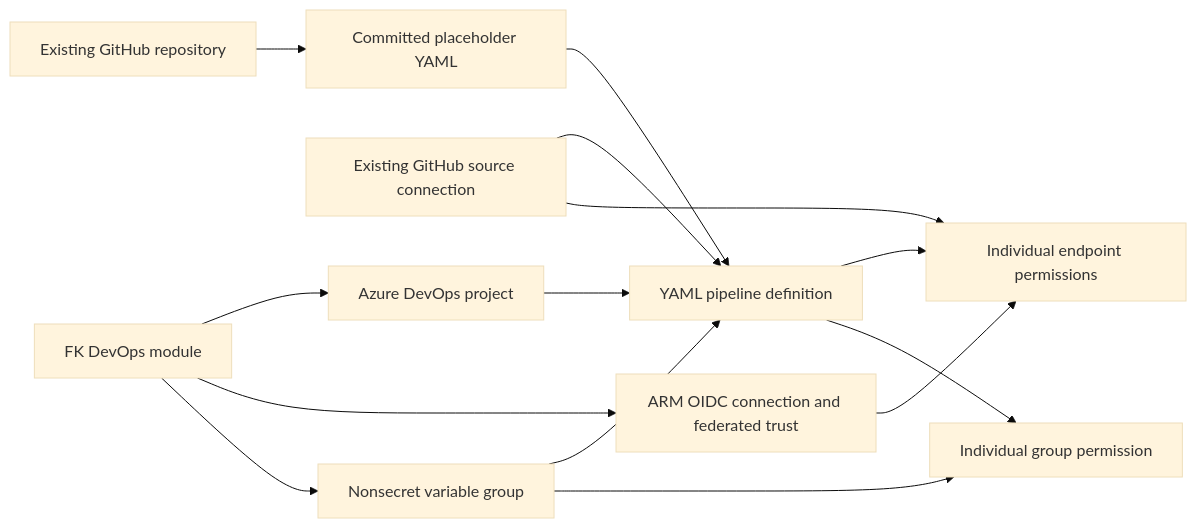
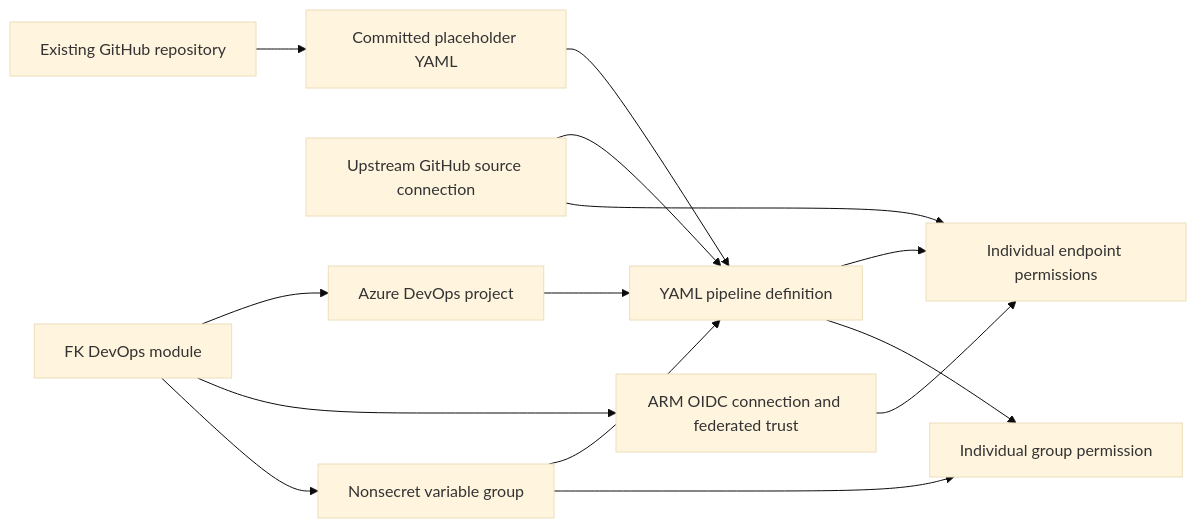
The diagram in examples/02_pipeline_with_variable_group_authorization/README.md (foggykitchen/terraform-az-fk-devops-pipeline), drawn with Mermaid (base theme) before and after one commit. The commit also changed other lines of this file and 13 other files, not shown here.

Commit message:
Compose GitHub source connections and verify example 01 end to end

````diff
--- a/examples/02_pipeline_with_variable_group_authorization/README.md
+++ b/examples/02_pipeline_with_variable_group_authorization/README.md
@@ -13,16 +13,16 @@
 ```mermaid
 flowchart LR
     D[FK DevOps module] --> P[Azure DevOps project]
     D --> A[ARM OIDC connection and federated trust]
-    G[Existing GitHub source connection] --> B[YAML pipeline definition]
+    G[Upstream GitHub source connection] --> B[YAML pipeline definition]
     R[Existing GitHub repository] --> Y[Committed placeholder YAML]
     Y --> B
     P --> B
     B --> E[Individual endpoint permissions]
     A --> E
     G --> E
     D --> V[Nonsecret variable group]
     V --> B
     B --> C[Individual group permission]
     V --> C
 ```
````
